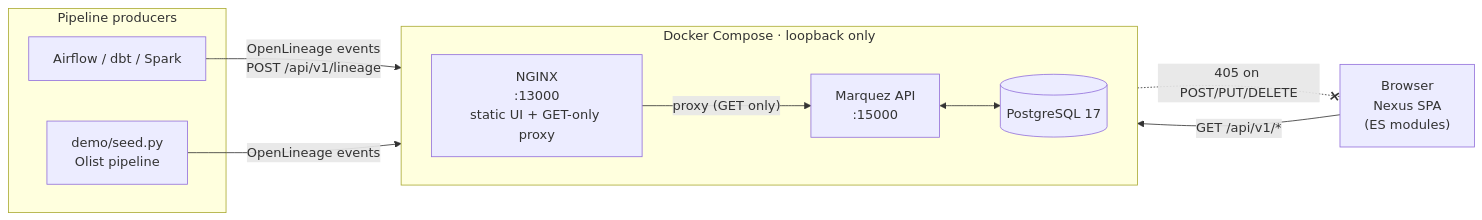
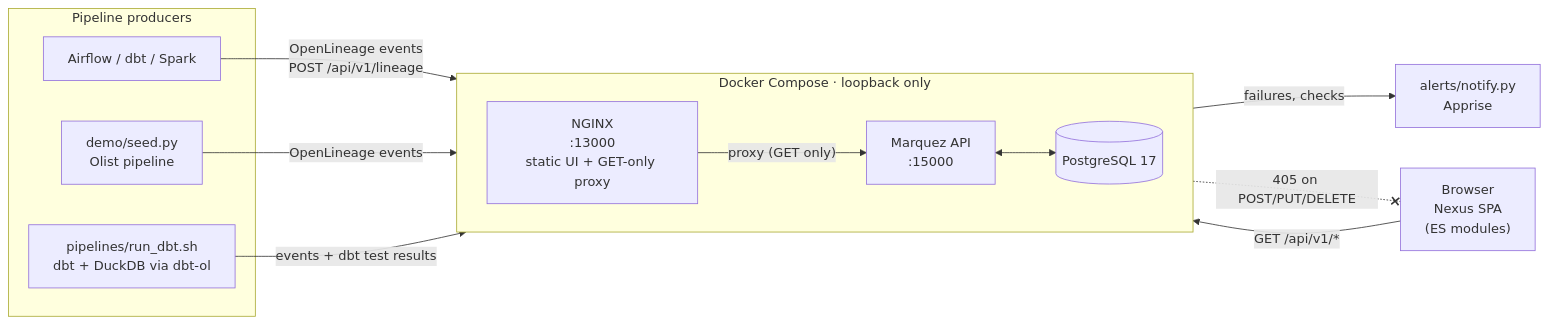
One commit to AyanbergenSaduakassov07/nexus changed the first of 5 diagrams in README.md. Above: the diagram before and after it, drawn with Mermaid. The commit also changed other lines of this file and 38 other files, not shown here.

First line of the commit message:
feat: real dbt pipeline, data-quality checks and Apprise alerts

````diff
--- a/README.md
+++ b/README.md
@@ -80,23 +86,28 @@
 ```mermaid
 flowchart LR
     subgraph Producers["Pipeline producers"]
         A[Airflow / dbt / Spark]
         S[demo/seed.py<br/>Olist pipeline]
+        T[pipelines/run_dbt.sh<br/>dbt + DuckDB via dbt-ol]
     end
+
+    AL["alerts/notify.py<br/>Apprise"]
 
     subgraph Stack["Docker Compose · loopback only"]
         direction LR
         W["NGINX<br/>:13000<br/>static UI + GET-only proxy"]
         M["Marquez API<br/>:15000"]
         D[("PostgreSQL 17")]
     end
 
     B["Browser<br/>Nexus SPA<br/>(ES modules)"]
 
     A -- "OpenLineage events<br/>POST /api/v1/lineage" --> M
     S -- "OpenLineage events" --> M
+    T -- "events + dbt test results" --> M
+    M -- "failures, checks" --> AL
     M <--> D
     B -- "GET /api/v1/*" --> W
     W -- "proxy (GET only)" --> M
     W -. "405 on POST/PUT/DELETE" .-x B
 ```
````
